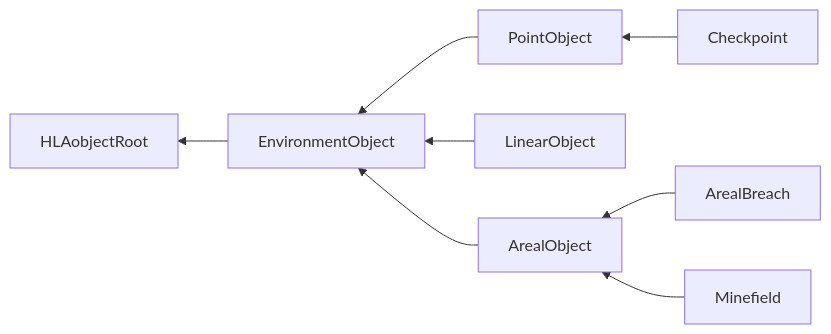
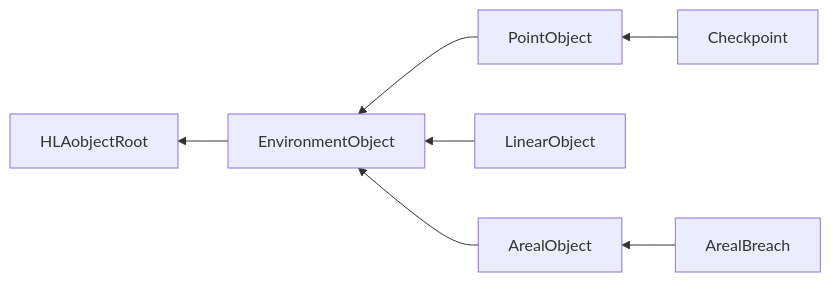
Before and after one commit to AMSP-04/NETN-SE: the first of 2 diagrams in NETN-SE.md, drawn with Mermaid. The commit also changed other lines of this file and 3 other files, not shown here.

````diff
--- a/NETN-SE.md
+++ b/NETN-SE.md
@@ -22,10 +20,9 @@
 ```mermaid
 graph RL
 EnvironmentObject-->HLAobjectRoot
 PointObject-->EnvironmentObject
 LinearObject-->EnvironmentObject
 ArealObject-->EnvironmentObject
 Checkpoint-->PointObject
 ArealBreach-->ArealObject
-Minefield-->ArealObject
 ```
````
